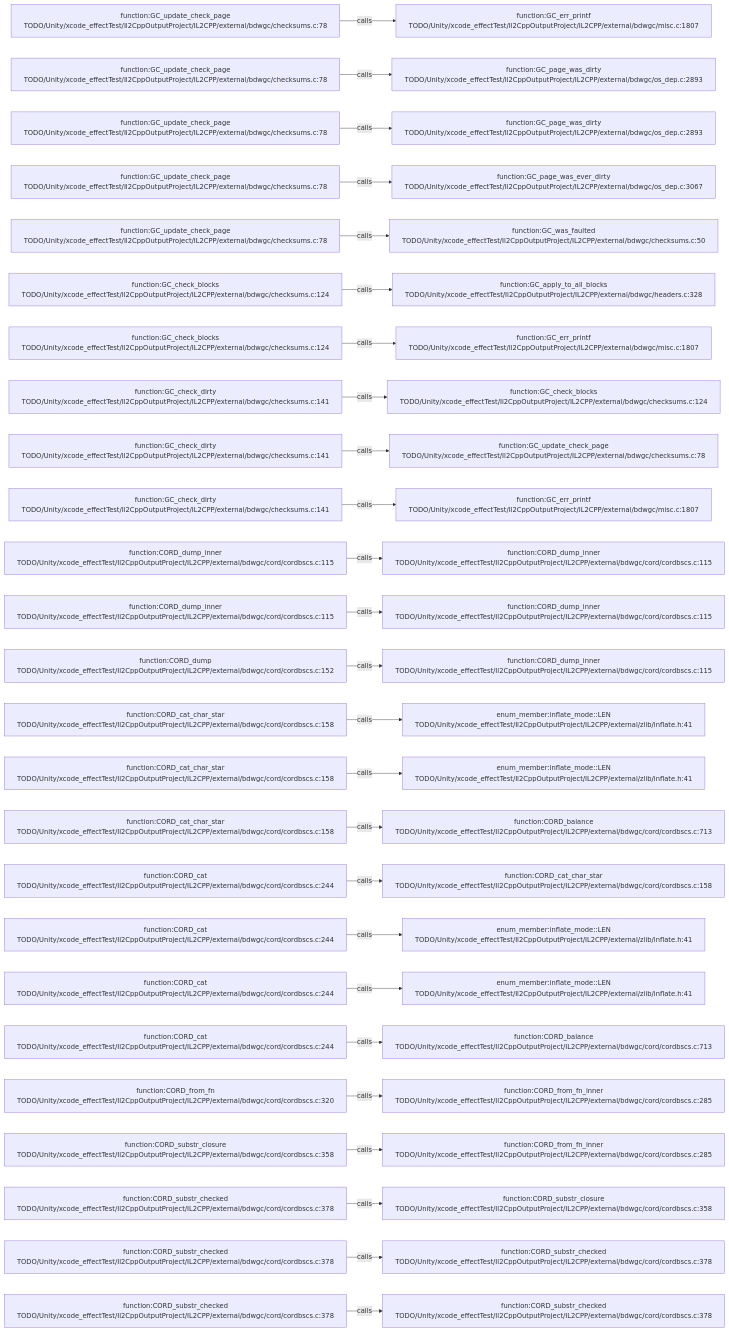
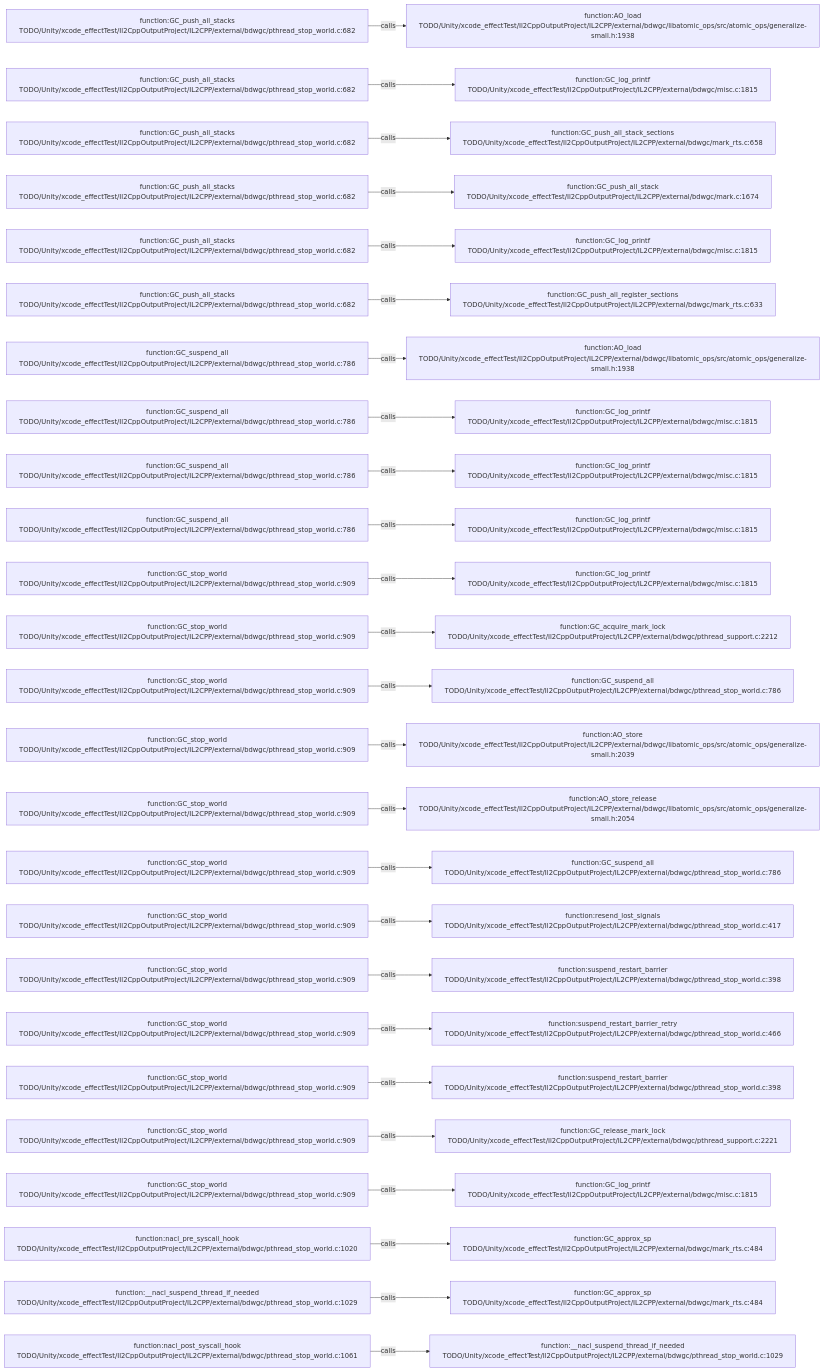
Before and after one commit to JobsKits/JobsSwiftBaseConfigDemo: the diagram in .codegraph/codegraph.md/graphs/calls-150.md, drawn with Mermaid. The commit also changed 227 other files, not shown here.

````diff
--- a/.codegraph/codegraph.md/graphs/calls-150.md
+++ b/.codegraph/codegraph.md/graphs/calls-150.md
@@ -13,78 +13,78 @@
 ```mermaid
 flowchart LR
-  S1["function:GC_update_check_page<br/>TODO/Unity/xcode_effectTest/Il2CppOutputProject/IL2CPP/external/bdwgc/checksums.c:78"]
-  T1["function:GC_err_printf<br/>TODO/Unity/xcode_effectTest/Il2CppOutputProject/IL2CPP/external/bdwgc/misc.c:1807"]
+  S1["function:GC_push_all_stacks<br/>TODO/Unity/xcode_effectTest/Il2CppOutputProject/IL2CPP/external/bdwgc/pthread_stop_world.c:682"]
+  T1["function:AO_load<br/>TODO/Unity/xcode_effectTest/Il2CppOutputProject/IL2CPP/external/bdwgc/libatomic_ops/src/atomic_ops/generalize-small.h:1938"]
   S1 -->|calls| T1
-  S2["function:GC_update_check_page<br/>TODO/Unity/xcode_effectTest/Il2CppOutputProject/IL2CPP/external/bdwgc/checksums.c:78"]
-  T2["function:GC_page_was_dirty<br/>TODO/Unity/xcode_effectTest/Il2CppOutputProject/IL2CPP/external/bdwgc/os_dep.c:2893"]
+  S2["function:GC_push_all_stacks<br/>TODO/Unity/xcode_effectTest/Il2CppOutputProject/IL2CPP/external/bdwgc/pthread_stop_world.c:682"]
+  T2["function:GC_log_printf<br/>TODO/Unity/xcode_effectTest/Il2CppOutputProject/IL2CPP/external/bdwgc/misc.c:1815"]
   S2 -->|calls| T2
-  S3["function:GC_update_check_page<br/>TODO/Unity/xcode_effectTest/Il2CppOutputProject/IL2CPP/external/bdwgc/checksums.c:78"]
-  T3["function:GC_page_was_dirty<br/>TODO/Unity/xcode_effectTest/Il2CppOutputProject/IL2CPP/external/bdwgc/os_dep.c:2893"]
+  S3["function:GC_push_all_stacks<br/>TODO/Unity/xcode_effectTest/Il2CppOutputProject/IL2CPP/external/bdwgc/pthread_stop_world.c:682"]
+  T3["function:GC_push_all_stack_sections<br/>TODO/Unity/xcode_effectTest/Il2CppOutputProject/IL2CPP/external/bdwgc/mark_rts.c:658"]
   S3 -->|calls| T3
-  S4["function:GC_update_check_page<br/>TODO/Unity/xcode_effectTest/Il2CppOutputProject/IL2CPP/external/bdwgc/checksums.c:78"]
-  T4["function:GC_page_was_ever_dirty<br/>TODO/Unity/xcode_effectTest/Il2CppOutputProject/IL2CPP/external/bdwgc/os_dep.c:3067"]
+  S4["function:GC_push_all_stacks<br/>TODO/Unity/xcode_effectTest/Il2CppOutputProject/IL2CPP/external/bdwgc/pthread_stop_world.c:682"]
+  T4["function:GC_push_all_stack<br/>TODO/Unity/xcode_effectTest/Il2CppOutputProject/IL2CPP/external/bdwgc/mark.c:1674"]
   S4 -->|calls| T4
-  S5["function:GC_update_check_page<br/>TODO/Unity/xcode_effectTest/Il2CppOutputProject/IL2CPP/external/bdwgc/checksums.c:78"]
-  T5["function:GC_was_faulted<br/>TODO/Unity/xcode_effectTest/Il2CppOutputProject/IL2CPP/external/bdwgc/checksums.c:50"]
+  S5["function:GC_push_all_stacks<br/>TODO/Unity/xcode_effectTest/Il2CppOutputProject/IL2CPP/external/bdwgc/pthread_stop_world.c:682"]
+  T5["function:GC_log_printf<br/>TODO/Unity/xcode_effectTest/Il2CppOutputProject/IL2CPP/external/bdwgc/misc.c:1815"]
   S5 -->|calls| T5
-  S6["function:GC_check_blocks<br/>TODO/Unity/xcode_effectTest/Il2CppOutputProject/IL2CPP/external/bdwgc/checksums.c:124"]
-  T6["function:GC_apply_to_all_blocks<br/>TODO/Unity/xcode_effectTest/Il2CppOutputProject/IL2CPP/external/bdwgc/headers.c:328"]
+  S6["function:GC_push_all_stacks<br/>TODO/Unity/xcode_effectTest/Il2CppOutputProject/IL2CPP/external/bdwgc/pthread_stop_world.c:682"]
+  T6["function:GC_push_all_register_sections<br/>TODO/Unity/xcode_effectTest/Il2CppOutputProject/IL2CPP/external/bdwgc/mark_rts.c:633"]
   S6 -->|calls| T6
-  S7["function:GC_check_blocks<br/>TODO/Unity/xcode_effectTest/Il2CppOutputProject/IL2CPP/external/bdwgc/checksums.c:124"]
-  T7["function:GC_err_printf<br/>TODO/Unity/xcode_effectTest/Il2CppOutputProject/IL2CPP/external/bdwgc/misc.c:1807"]
+  S7["function:GC_suspend_all<br/>TODO/Unity/xcode_effectTest/Il2CppOutputProject/IL2CPP/external/bdwgc/pthread_stop_world.c:786"]
+  T7["function:AO_load<br/>TODO/Unity/xcode_effectTest/Il2CppOutputProject/IL2CPP/external/bdwgc/libatomic_ops/src/atomic_ops/generalize-small.h:1938"]
   S7 -->|calls| T7
-  S8["function:GC_check_dirty<br/>TODO/Unity/xcode_effectTest/Il2CppOutputProject/IL2CPP/external/bdwgc/checksums.c:141"]
-  T8["function:GC_check_blocks<br/>TODO/Unity/xcode_effectTest/Il2CppOutputProject/IL2CPP/external/bdwgc/checksums.c:124"]
+  S8["function:GC_suspend_all<br/>TODO/Unity/xcode_effectTest/Il2CppOutputProject/IL2CPP/external/bdwgc/pthread_stop_world.c:786"]
+  T8["function:GC_log_printf<br/>TODO/Unity/xcode_effectTest/Il2CppOutputProject/IL2CPP/external/bdwgc/misc.c:1815"]
   S8 -->|calls| T8
-  S9["function:GC_check_dirty<br/>TODO/Unity/xcode_effectTest/Il2CppOutputProject/IL2CPP/external/bdwgc/checksums.c:141"]
-  T9["function:GC_update_check_page<br/>TODO/Unity/xcode_effectTest/Il2CppOutputProject/IL2CPP/external/bdwgc/checksums.c:78"]
+  S9["function:GC_suspend_all<br/>TODO/Unity/xcode_effectTest/Il2CppOutputProject/IL2CPP/external/bdwgc/pthread_stop_world.c:786"]
+  T9["function:GC_log_printf<br/>TODO/Unity/xcode_effectTest/Il2CppOutputProject/IL2CPP/external/bdwgc/misc.c:1815"]
   S9 -->|calls| T9
-  S10["function:GC_check_dirty<br/>TODO/Unity/xcode_effectTest/Il2CppOutputProject/IL2CPP/external/bdwgc/checksums.c:141"]
-  T10["function:GC_err_printf<br/>TODO/Unity/xcode_effectTest/Il2CppOutputProject/IL2CPP/external/bdwgc/misc.c:1807"]
+  S10["function:GC_suspend_all<br/>TODO/Unity/xcode_effectTest/Il2CppOutputProject/IL2CPP/external/bdwgc/pthread_stop_world.c:786"]
+  T10["function:GC_log_printf<br/>TODO/Unity/xcode_effectTest/Il2CppOutputProject/IL2CPP/external/bdwgc/misc.c:1815"]
   S10 -->|calls| T10
-  S11["function:CORD_dump_inner<br/>TODO/Unity/xcode_effectTest/Il2CppOutputProject/IL2CPP/external/bdwgc/cord/cordbscs.c:115"]
-  T11["function:CORD_dump_inner<br/>TODO/Unity/xcode_effectTest/Il2CppOutputProject/IL2CPP/external/bdwgc/cord/cordbscs.c:115"]
+  S11["function:GC_stop_world<br/>TODO/Unity/xcode_effectTest/Il2CppOutputProject/IL2CPP/external/bdwgc/pthread_stop_world.c:909"]
+  T11["function:GC_log_printf<br/>TODO/Unity/xcode_effectTest/Il2CppOutputProject/IL2CPP/external/bdwgc/misc.c:1815"]
   S11 -->|calls| T11
-  S12["function:CORD_dump_inner<br/>TODO/Unity/xcode_effectTest/Il2CppOutputProject/IL2CPP/external/bdwgc/cord/cordbscs.c:115"]
-  T12["function:CORD_dump_inner<br/>TODO/Unity/xcode_effectTest/Il2CppOutputProject/IL2CPP/external/bdwgc/cord/cordbscs.c:115"]
+  S12["function:GC_stop_world<br/>TODO/Unity/xcode_effectTest/Il2CppOutputProject/IL2CPP/external/bdwgc/pthread_stop_world.c:909"]
+  T12["function:GC_acquire_mark_lock<br/>TODO/Unity/xcode_effectTest/Il2CppOutputProject/IL2CPP/external/bdwgc/pthread_support.c:2212"]
   S12 -->|calls| T12
-  S13["function:CORD_dump<br/>TODO/Unity/xcode_effectTest/Il2CppOutputProject/IL2CPP/external/bdwgc/cord/cordbscs.c:152"]
-  T13["function:CORD_dump_inner<br/>TODO/Unity/xcode_effectTest/Il2CppOutputProject/IL2CPP/external/bdwgc/cord/cordbscs.c:115"]
+  S13["function:GC_stop_world<br/>TODO/Unity/xcode_effectTest/Il2CppOutputProject/IL2CPP/external/bdwgc/pthread_stop_world.c:909"]
+  T13["function:GC_suspend_all<br/>TODO/Unity/xcode_effectTest/Il2CppOutputProject/IL2CPP/external/bdwgc/pthread_stop_world.c:786"]
   S13 -->|calls| T13
-  S14["function:CORD_cat_char_star<br/>TODO/Unity/xcode_effectTest/Il2CppOutputProject/IL2CPP/external/bdwgc/cord/cordbscs.c:158"]
-  T14["enum_member:inflate_mode::LEN<br/>TODO/Unity/xcode_effectTest/Il2CppOutputProject/IL2CPP/external/zlib/inflate.h:41"]
+  S14["function:GC_stop_world<br/>TODO/Unity/xcode_effectTest/Il2CppOutputProject/IL2CPP/external/bdwgc/pthread_stop_world.c:909"]
+  T14["function:AO_store<br/>TODO/Unity/xcode_effectTest/Il2CppOutputProject/IL2CPP/external/bdwgc/libatomic_ops/src/atomic_ops/generalize-small.h:2039"]
   S14 -->|calls| T14
-  S15["function:CORD_cat_char_star<br/>TODO/Unity/xcode_effectTest/Il2CppOutputProject/IL2CPP/external/bdwgc/cord/cordbscs.c:158"]
-  T15["enum_member:inflate_mode::LEN<br/>TODO/Unity/xcode_effectTest/Il2CppOutputProject/IL2CPP/external/zlib/inflate.h:41"]
+  S15["function:GC_stop_world<br/>TODO/Unity/xcode_effectTest/Il2CppOutputProject/IL2CPP/external/bdwgc/pthread_stop_world.c:909"]
+  T15["function:AO_store_release<br/>TODO/Unity/xcode_effectTest/Il2CppOutputProject/IL2CPP/external/bdwgc/libatomic_ops/src/atomic_ops/generalize-small.h:2054"]
   S15 -->|calls| T15
-  S16["function:CORD_cat_char_star<br/>TODO/Unity/xcode_effectTest/Il2CppOutputProject/IL2CPP/external/bdwgc/cord/cordbscs.c:158"]
-  T16["function:CORD_balance<br/>TODO/Unity/xcode_effectTest/Il2CppOutputProject/IL2CPP/external/bdwgc/cord/cordbscs.c:713"]
+  S16["function:GC_stop_world<br/>TODO/Unity/xcode_effectTest/Il2CppOutputProject/IL2CPP/external/bdwgc/pthread_stop_world.c:909"]
+  T16["function:GC_suspend_all<br/>TODO/Unity/xcode_effectTest/Il2CppOutputProject/IL2CPP/external/bdwgc/pthread_stop_world.c:786"]
   S16 -->|calls| T16
-  S17["function:CORD_cat<br/>TODO/Unity/xcode_effectTest/Il2CppOutputProject/IL2CPP/external/bdwgc/cord/cordbscs.c:244"]
-  T17["function:CORD_cat_char_star<br/>TODO/Unity/xcode_effectTest/Il2CppOutputProject/IL2CPP/external/bdwgc/cord/cordbscs.c:158"]
+  S17["function:GC_stop_world<br/>TODO/Unity/xcode_effectTest/Il2CppOutputProject/IL2CPP/external/bdwgc/pthread_stop_world.c:909"]
+  T17["function:resend_lost_signals<br/>TODO/Unity/xcode_effectTest/Il2CppOutputProject/IL2CPP/external/bdwgc/pthread_stop_world.c:417"]
   S17 -->|calls| T17
-  S18["function:CORD_cat<br/>TODO/Unity/xcode_effectTest/Il2CppOutputProject/IL2CPP/external/bdwgc/cord/cordbscs.c:244"]
-  T18["enum_member:inflate_mode::LEN<br/>TODO/Unity/xcode_effectTest/Il2CppOutputProject/IL2CPP/external/zlib/inflate.h:41"]
+  S18["function:GC_stop_world<br/>TODO/Unity/xcode_effectTest/Il2CppOutputProject/IL2CPP/external/bdwgc/pthread_stop_world.c:909"]
+  T18["function:suspend_restart_barrier<br/>TODO/Unity/xcode_effectTest/Il2CppOutputProject/IL2CPP/external/bdwgc/pthread_stop_world.c:398"]
   S18 -->|calls| T18
-  S19["function:CORD_cat<br/>TODO/Unity/xcode_effectTest/Il2CppOutputProject/IL2CPP/external/bdwgc/cord/cordbscs.c:244"]
-  T19["enum_member:inflate_mode::LEN<br/>TODO/Unity/xcode_effectTest/Il2CppOutputProject/IL2CPP/external/zlib/inflate.h:41"]
+  S19["function:GC_stop_world<br/>TODO/Unity/xcode_effectTest/Il2CppOutputProject/IL2CPP/external/bdwgc/pthread_stop_world.c:909"]
+  T19["function:suspend_restart_barrier_retry<br/>TODO/Unity/xcode_effectTest/Il2CppOutputProject/IL2CPP/external/bdwgc/pthread_stop_world.c:466"]
   S19 -->|calls| T19
-  S20["function:CORD_cat<br/>TODO/Unity/xcode_effectTest/Il2CppOutputProject/IL2CPP/external/bdwgc/cord/cordbscs.c:244"]
-  T20["function:CORD_balance<br/>TODO/Unity/xcode_effectTest/Il2CppOutputProject/IL2CPP/external/bdwgc/cord/cordbscs.c:713"]
+  S20["function:GC_stop_world<br/>TODO/Unity/xcode_effectTest/Il2CppOutputProject/IL2CPP/external/bdwgc/pthread_stop_world.c:909"]
+  T20["function:suspend_restart_barrier<br/>TODO/Unity/xcode_effectTest/Il2CppOutputProject/IL2CPP/external/bdwgc/pthread_stop_world.c:398"]
   S20 -->|calls| T20
-  S21["function:CORD_from_fn<br/>TODO/Unity/xcode_effectTest/Il2CppOutputProject/IL2CPP/external/bdwgc/cord/cordbscs.c:320"]
-  T21["function:CORD_from_fn_inner<br/>TODO/Unity/xcode_effectTest/Il2CppOutputProject/IL2CPP/external/bdwgc/cord/cordbscs.c:285"]
+  S21["function:GC_stop_world<br/>TODO/Unity/xcode_effectTest/Il2CppOutputProject/IL2CPP/external/bdwgc/pthread_stop_world.c:909"]
+  T21["function:GC_release_mark_lock<br/>TODO/Unity/xcode_effectTest/Il2CppOutputProject/IL2CPP/external/bdwgc/pthread_support.c:2221"]
   S21 -->|calls| T21
-  S22["function:CORD_substr_closure<br/>TODO/Unity/xcode_effectTest/Il2CppOutputProject/IL2CPP/external/bdwgc/cord/cordbscs.c:358"]
-  T22["function:CORD_from_fn_inner<br/>TODO/Unity/xcode_effectTest/Il2CppOutputProject/IL2CPP/external/bdwgc/cord/cordbscs.c:285"]
+  S22["function:GC_stop_world<br/>TODO/Unity/xcode_effectTest/Il2CppOutputProject/IL2CPP/external/bdwgc/pthread_stop_world.c:909"]
+  T22["function:GC_log_printf<br/>TODO/Unity/xcode_effectTest/Il2CppOutputProject/IL2CPP/external/bdwgc/misc.c:1815"]
   S22 -->|calls| T22
-  S23["function:CORD_substr_checked<br/>TODO/Unity/xcode_effectTest/Il2CppOutputProject/IL2CPP/external/bdwgc/cord/cordbscs.c:378"]
-  T23["function:CORD_substr_closure<br/>TODO/Unity/xcode_effectTest/Il2CppOutputProject/IL2CPP/external/bdwgc/cord/cordbscs.c:358"]
+  S23["function:nacl_pre_syscall_hook<br/>TODO/Unity/xcode_effectTest/Il2CppOutputProject/IL2CPP/external/bdwgc/pthread_stop_world.c:1020"]
+  T23["function:GC_approx_sp<br/>TODO/Unity/xcode_effectTest/Il2CppOutputProject/IL2CPP/external/bdwgc/mark_rts.c:484"]
   S23 -->|calls| T23
-  S24["function:CORD_substr_checked<br/>TODO/Unity/xcode_effectTest/Il2CppOutputProject/IL2CPP/external/bdwgc/cord/cordbscs.c:378"]
-  T24["function:CORD_substr_checked<br/>TODO/Unity/xcode_effectTest/Il2CppOutputProject/IL2CPP/external/bdwgc/cord/cordbscs.c:378"]
+  S24["function:__nacl_suspend_thread_if_needed<br/>TODO/Unity/xcode_effectTest/Il2CppOutputProject/IL2CPP/external/bdwgc/pthread_stop_world.c:1029"]
+  T24["function:GC_approx_sp<br/>TODO/Unity/xcode_effectTest/Il2CppOutputProject/IL2CPP/external/bdwgc/mark_rts.c:484"]
   S24 -->|calls| T24
-  S25["function:CORD_substr_checked<br/>TODO/Unity/xcode_effectTest/Il2CppOutputProject/IL2CPP/external/bdwgc/cord/cordbscs.c:378"]
-  T25["function:CORD_substr_checked<br/>TODO/Unity/xcode_effectTest/Il2CppOutputProject/IL2CPP/external/bdwgc/cord/cordbscs.c:378"]
+  S25["function:nacl_post_syscall_hook<br/>TODO/Unity/xcode_effectTest/Il2CppOutputProject/IL2CPP/external/bdwgc/pthread_stop_world.c:1061"]
+  T25["function:__nacl_suspend_thread_if_needed<br/>TODO/Unity/xcode_effectTest/Il2CppOutputProject/IL2CPP/external/bdwgc/pthread_stop_world.c:1029"]
   S25 -->|calls| T25
 ```
````
